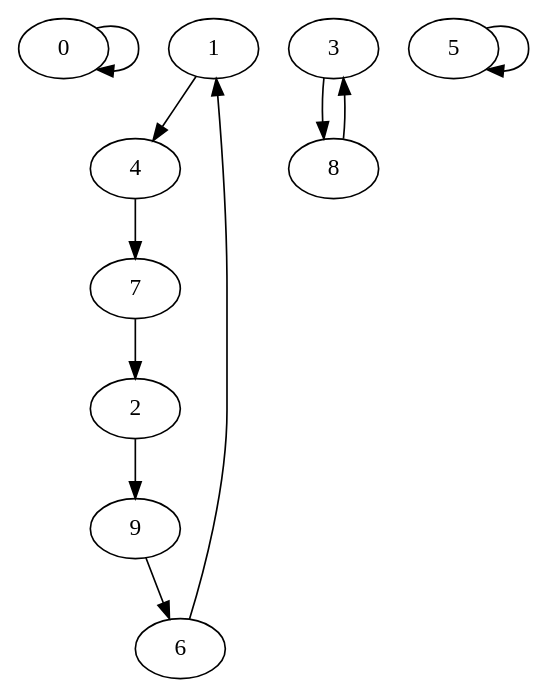
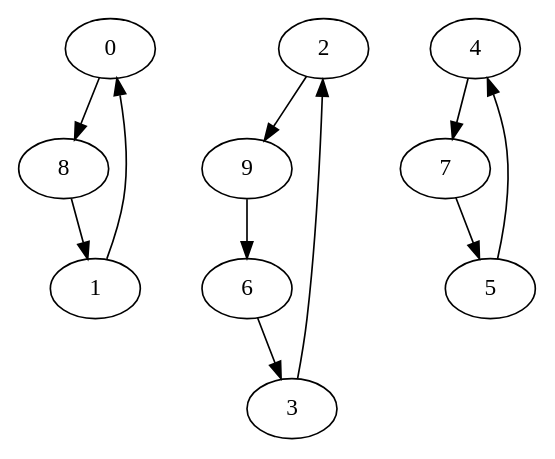
The diagram in graphviz/files/test.dot (Yueur/target-circle), drawn with Graphviz before and after one commit. The commit also changed 13 other files, not shown here.

```diff
--- a/graphviz/files/test.dot
+++ b/graphviz/files/test.dot
@@ -1,12 +1,13 @@
 digraph graphname {
-	0 -> 0;
-	1 -> 4;
-	2 -> 9;
-	3 -> 8;
-	4 -> 7;
-	5 -> 5;
-	6 -> 1;
-	7 -> 2;
-	8 -> 3;
-	9 -> 6;
+0 -> 8;
+1 -> 0;
+2 -> 9;
+3 -> 2;
+4 -> 7;
+5 -> 4;
+6 -> 3;
+7 -> 5;
+8 -> 1;
+9 -> 6;
+
 }
```
